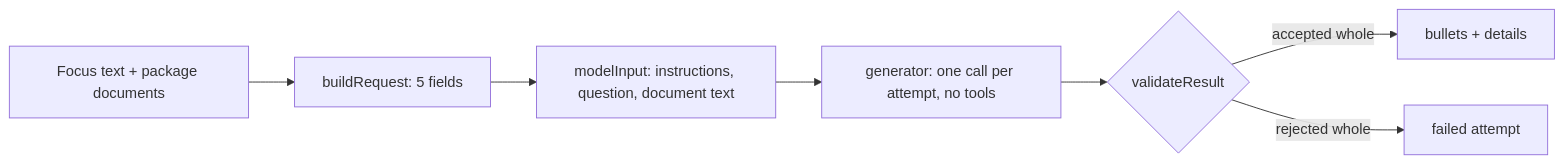
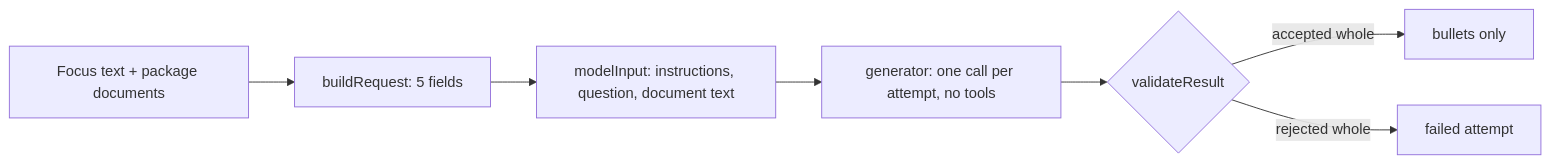
One commit to Elustondo-ai/alice.good.meetings changed the diagram in poc/answer.md. Above: the diagram before and after it, drawn with Mermaid. The commit also changed other lines of this file and 75 other files, not shown here.

````diff
--- a/poc/answer.md
+++ b/poc/answer.md
@@ -7,9 +7,9 @@
 ```mermaid
 flowchart LR
   F["Focus text + package documents"] --> R["buildRequest: 5 fields"]
   R --> M["modelInput: instructions, question, document text"]
   M --> G["generator: one call per attempt, no tools"]
   G --> V{"validateResult"}
-  V -->|"accepted whole"| A["bullets + details"]
+  V -->|"accepted whole"| A["bullets only"]
   V -->|"rejected whole"| X["failed attempt"]
 ```
````
